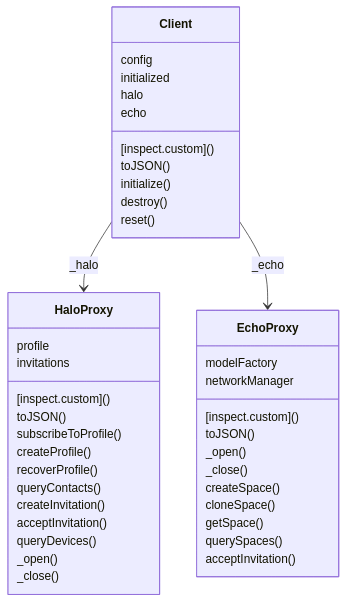
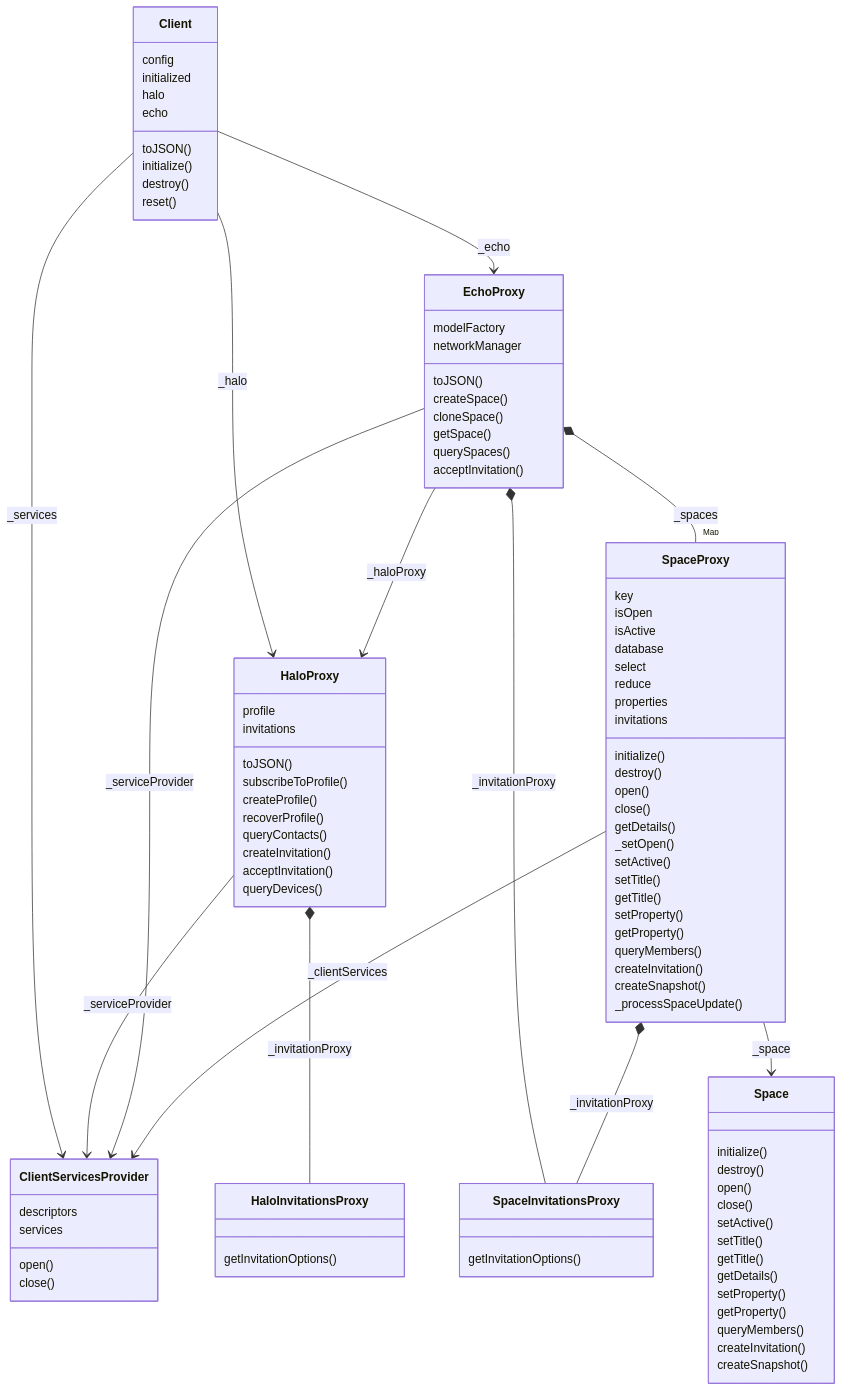
The first of 2 diagrams in packages/sdk/client/docs/README.md (dxos/dxos), drawn with Mermaid before and after one commit. The commit also changed other lines of this file and 24 other files, not shown here.

````diff
--- a/packages/sdk/client/docs/README.md
+++ b/packages/sdk/client/docs/README.md
@@ -7,23 +7,30 @@
 ```mermaid
 classDiagram
+direction TB
 
 class Client {
   config
   initialized
   halo
   echo
-  [inspect.custom]()
   toJSON()
   initialize()
   destroy()
   reset()
 }
+Client --> ClientServicesProvider : _services
 Client --> HaloProxy : _halo
 Client --> EchoProxy : _echo
+class ClientServicesProvider {
+<interface>
+  descriptors
+  services
+  open()
+  close()
+}
 class HaloProxy {
   profile
   invitations
-  [inspect.custom]()
   toJSON()
   subscribeToProfile()
   createProfile()
@@ -32,20 +39,71 @@
   createInvitation()
   acceptInvitation()
   queryDevices()
-  _open()
-  _close()
+}
+HaloProxy *-- HaloInvitationsProxy : _invitationProxy
+HaloProxy --> ClientServicesProvider : _serviceProvider
+class HaloInvitationsProxy {
+  getInvitationOptions()
 }
 class EchoProxy {
   modelFactory
   networkManager
-  [inspect.custom]()
   toJSON()
-  _open()
-  _close()
   createSpace()
   cloneSpace()
   getSpace()
   querySpaces()
   acceptInvitation()
 }
+EchoProxy *-- "Map" SpaceProxy : _spaces
+EchoProxy *-- SpaceInvitationsProxy : _invitationProxy
+EchoProxy --> ClientServicesProvider : _serviceProvider
+EchoProxy --> HaloProxy : _haloProxy
+class SpaceProxy {
+  key
+  isOpen
+  isActive
+  database
+  select
+  reduce
+  properties
+  invitations
+  initialize()
+  destroy()
+  open()
+  close()
+  getDetails()
+  _setOpen()
+  setActive()
+  setTitle()
+  getTitle()
+  setProperty()
+  getProperty()
+  queryMembers()
+  createInvitation()
+  createSnapshot()
+  _processSpaceUpdate()
+}
+SpaceProxy *-- SpaceInvitationsProxy : _invitationProxy
+SpaceProxy --> ClientServicesProvider : _clientServices
+SpaceProxy --> Space : _space
+class SpaceInvitationsProxy {
+  getInvitationOptions()
+}
+class Space {
+<interface>
+  initialize()
+  destroy()
+  open()
+  close()
+  setActive()
+  setTitle()
+  getTitle()
+  getDetails()
+  setProperty()
+  getProperty()
+  queryMembers()
+  createInvitation()
+  createSnapshot()
+}
 ```
````
